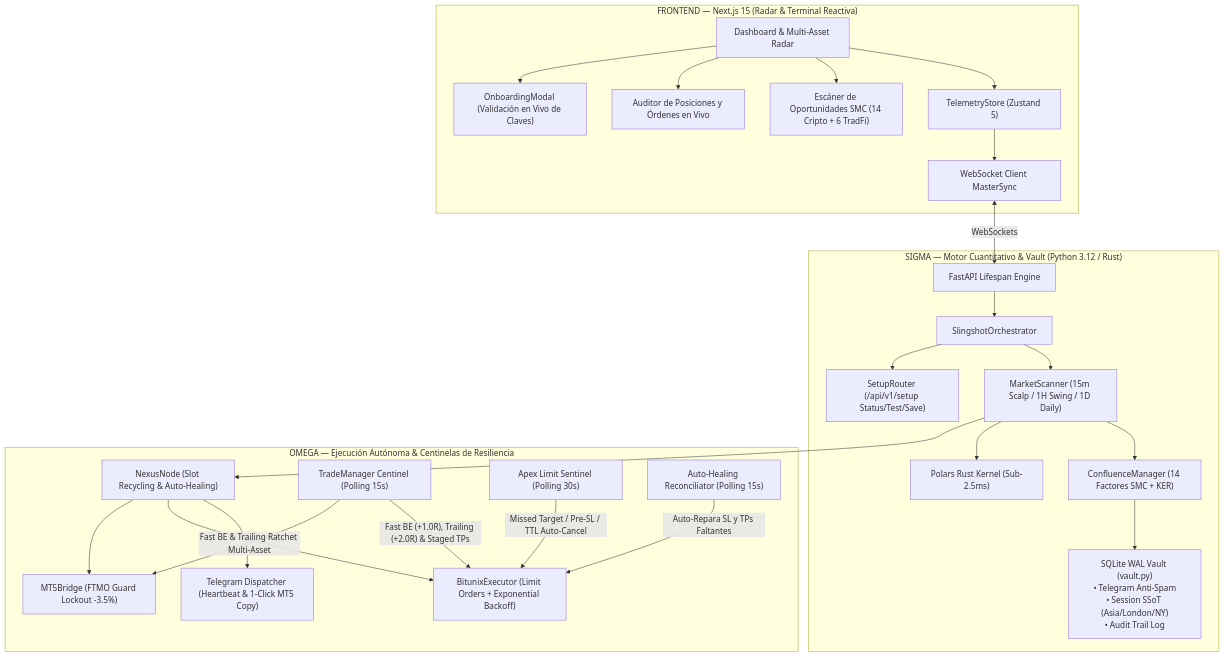
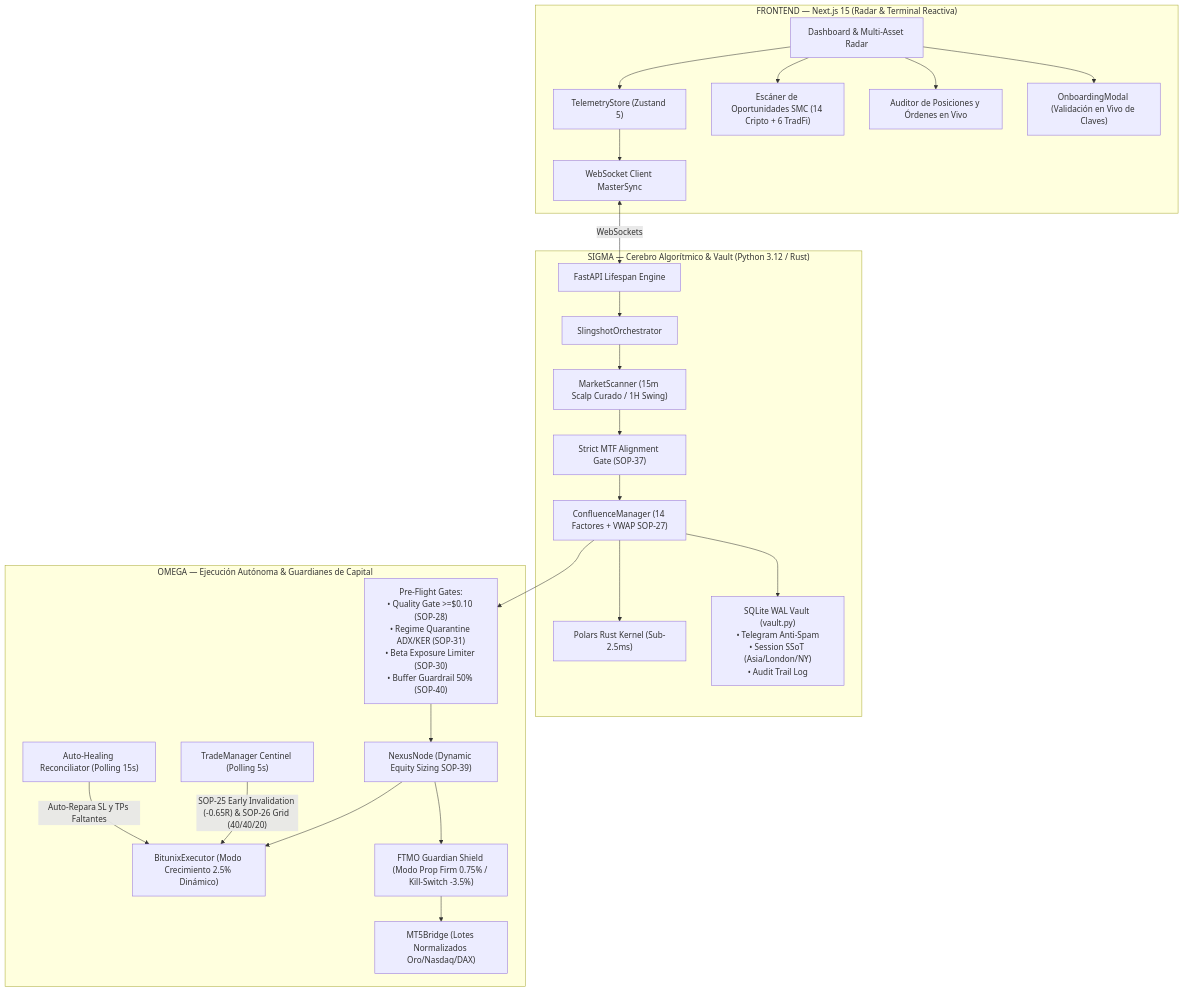
One commit to matiquelmec/Slingshot changed the diagram in README.md. Above: the diagram before and after it, drawn with Mermaid. The commit also changed other lines of this file and 4 other files, not shown here.

Commit message:
docs: overhaul documentation to canonical v42.0 APEX TITAN COMPOUND — add SLINGSHOT_BIBLE_V42.md (40 SOPs canon), update README.md (201 tests QA, SSoT +72.25R, 40/40/20 grid), update ESTRUCTURA_PROYECTO.md

````diff
--- a/README.md
+++ b/README.md
@@ -52,32 +39,31 @@
 ```mermaid
 graph TB
     subgraph "FRONTEND — Next.js 15 (Radar & Terminal Reactiva)"
         A["Dashboard & Multi-Asset Radar"] --> B["TelemetryStore (Zustand 5)"]
         B --> C["WebSocket Client MasterSync"]
         A --> D["Escáner de Oportunidades SMC (14 Cripto + 6 TradFi)"]
         A --> E["Auditor de Posiciones y Órdenes en Vivo"]
         A --> OB["OnboardingModal (Validación en Vivo de Claves)"]
     end
 
-    subgraph "SIGMA — Motor Cuantitativo & Vault (Python 3.12 / Rust)"
+    subgraph "SIGMA — Cerebro Algorítmico & Vault (Python 3.12 / Rust)"
         J["FastAPI Lifespan Engine"] --> K["SlingshotOrchestrator"]
-        K --> L["MarketScanner (15m Scalp / 1H Swing / 1D Daily)"]
-        K --> SETUP["SetupRouter (/api/v1/setup Status/Test/Save)"]
-        L --> M["ConfluenceManager (14 Factores SMC + KER)"]
-        L --> N["Polars Rust Kernel (Sub-2.5ms)"]
+        K --> L["MarketScanner (15m Scalp Curado / 1H Swing)"]
+        L --> MTF["Strict MTF Alignment Gate (SOP-37)"]
+        MTF --> M["ConfluenceManager (14 Factores + VWAP SOP-27)"]
+        M --> POLARS["Polars Rust Kernel (Sub-2.5ms)"]
         M --> V["SQLite WAL Vault (vault.py)<br/>• Telegram Anti-Spam<br/>• Session SSoT (Asia/London/NY)<br/>• Audit Trail Log"]
     end
 
-    subgraph "OMEGA — Ejecución Autónoma & Centinelas de Resiliencia"
-        L --> NX["NexusNode (Slot Recycling & Auto-Healing)"]
-        NX --> T["Telegram Dispatcher (Heartbeat & 1-Click MT5 Copy)"]
-        NX --> BX["BitunixExecutor (Limit Orders + Exponential Backoff)"]
-        NX --> MT5["MT5Bridge (FTMO Guard Lockout -3.5%)"]
-        TM["TradeManager Centinel (Polling 15s)"] --> |"Fast BE (+1.0R), Trailing (+2.0R) & Staged TPs"| BX
-        TM --> |"Fast BE & Trailing Ratchet Multi-Asset"| MT5
-        LS["Apex Limit Sentinel (Polling 30s)"] --> |"Missed Target / Pre-SL / TTL Auto-Cancel"| BX
+    subgraph "OMEGA — Ejecución Autónoma & Guardianes de Capital"
+        M --> GATES["Pre-Flight Gates:<br/>• Quality Gate >=$0.10 (SOP-28)<br/>• Regime Quarantine ADX/KER (SOP-31)<br/>• Beta Exposure Limiter (SOP-30)<br/>• Buffer Guardrail 50% (SOP-40)"]
+        GATES --> NX["NexusNode (Dynamic Equity Sizing SOP-39)"]
+        NX --> BX["BitunixExecutor (Modo Crecimiento 2.5% Dinámico)"]
+        NX --> FG["FTMO Guardian Shield (Modo Prop Firm 0.75% / Kill-Switch -3.5%)"]
+        FG --> MT5["MT5Bridge (Lotes Normalizados Oro/Nasdaq/DAX)"]
+        TM["TradeManager Centinel (Polling 5s)"] --> |"SOP-25 Early Invalidation (-0.65R) & SOP-26 Grid (40/40/20)"| BX
         AH["Auto-Healing Reconciliator (Polling 15s)"] --> |"Auto-Repara SL y TPs Faltantes"| BX
     end
 
     C <--> |"WebSockets"| J
 ```
````
